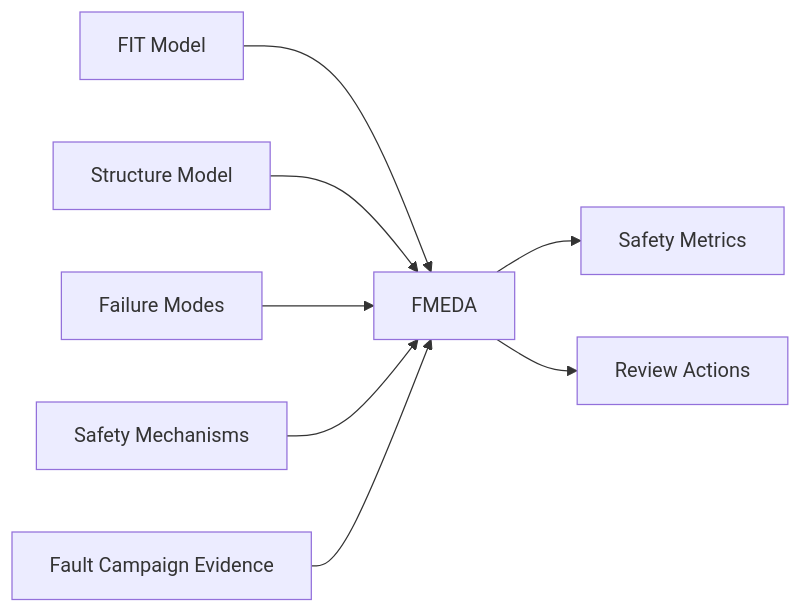
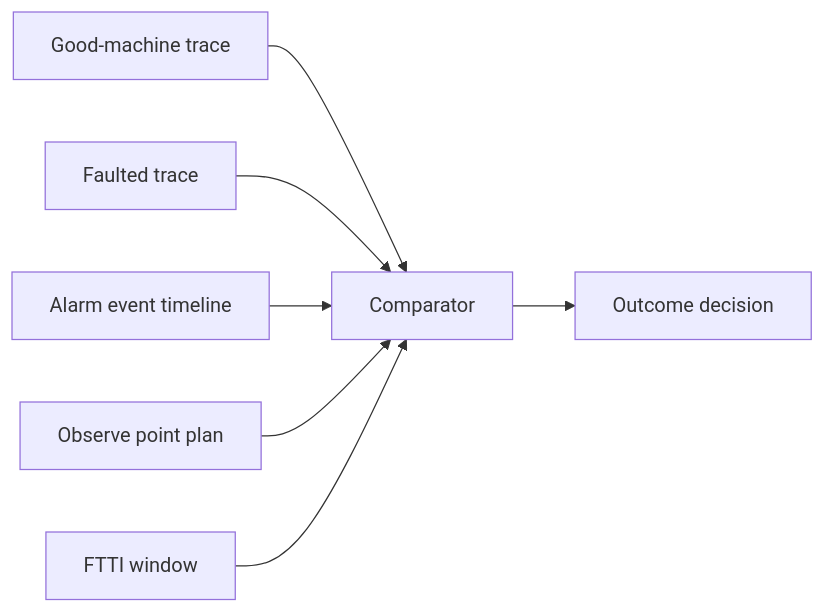
The third of 10 diagrams in articles/13_automotive_safeic_practice_d13_github_en_fmeda_update.md (qiqixixi1001/automotive-safeic-practice), drawn with Mermaid before and after one commit. The commit also changed other lines of this file, not shown here.

````diff
--- a/articles/13_automotive_safeic_practice_d13_github_en_fmeda_update.md
+++ b/articles/13_automotive_safeic_practice_d13_github_en_fmeda_update.md
@@ -180,10 +163,9 @@
 ```mermaid
 flowchart LR
-    A[FIT Model] --> F[FMEDA]
-    B[Structure Model] --> F
-    C[Failure Modes] --> F
-    D[Safety Mechanisms] --> F
-    E[Fault Campaign Evidence] --> F
-    F --> G[Safety Metrics]
-    F --> H[Review Actions]
+    A[Good-machine trace] --> C[Comparator]
+    B[Faulted trace] --> C
+    D[Alarm event timeline] --> C
+    E[Observe point plan] --> C
+    F[FTTI window] --> C
+    C --> G[Outcome decision]
 ```
````
